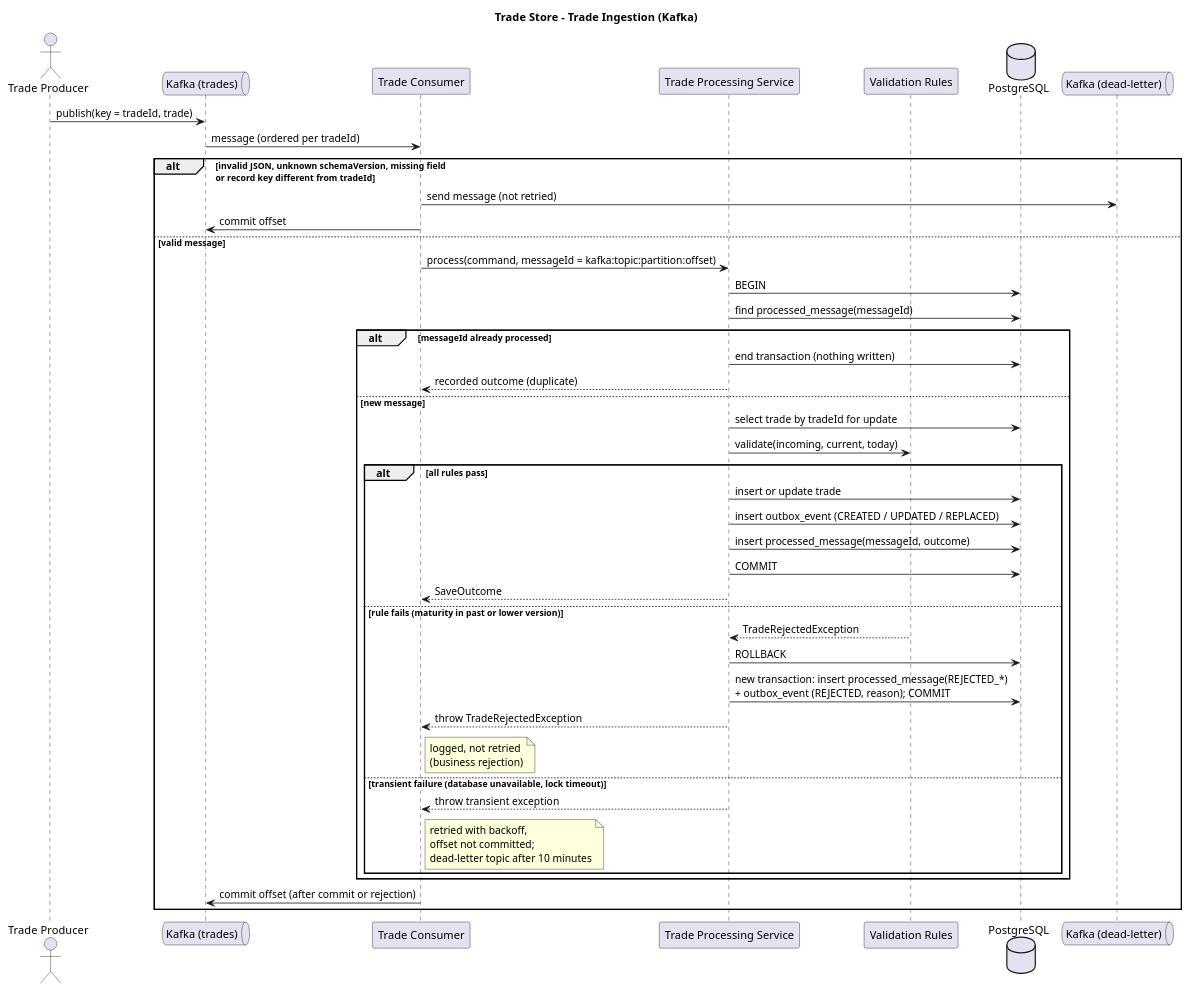
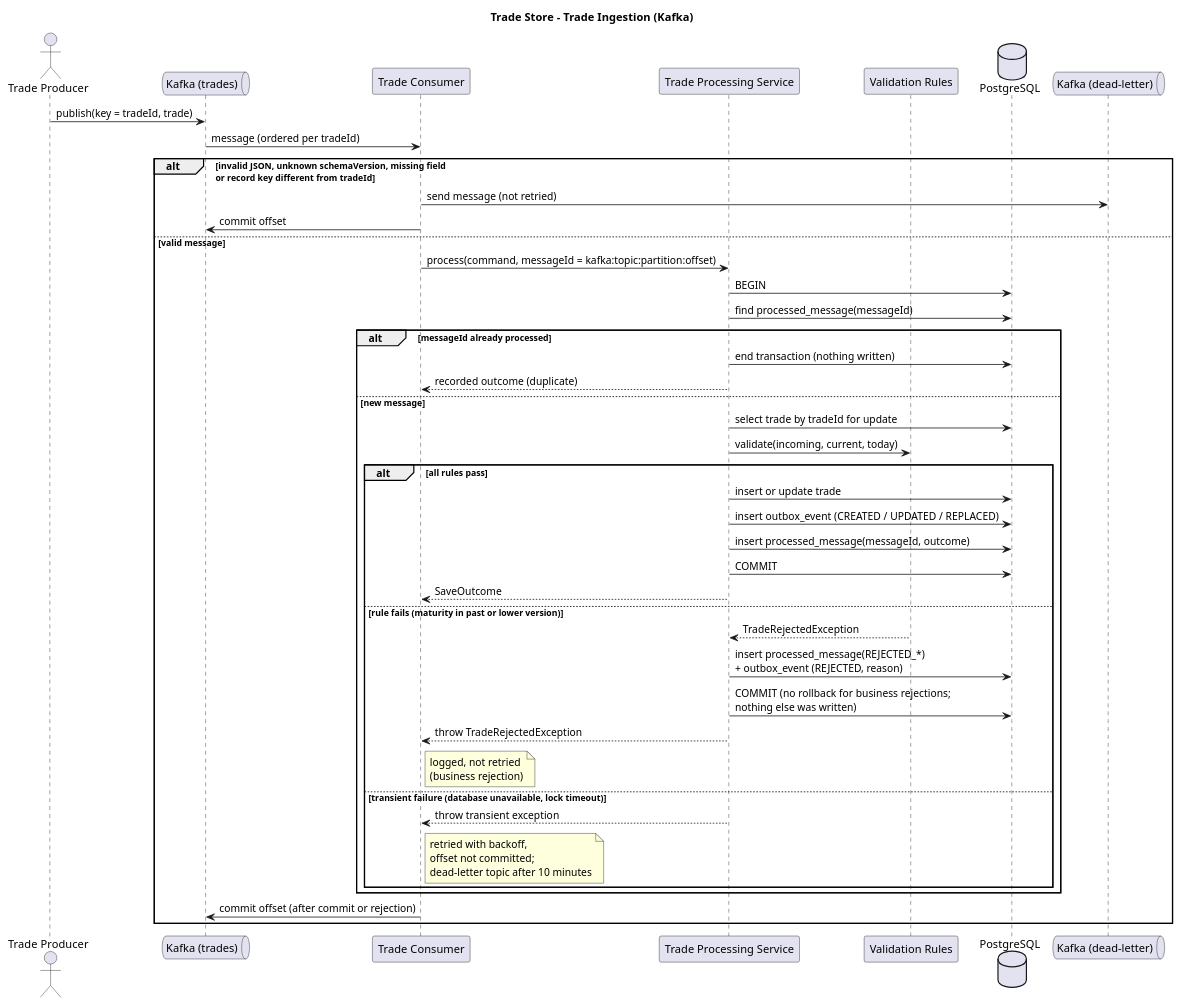
Before and after one commit to jabhijeet/trade-store: the diagram in docs/diagrams/sequence-ingestion.puml, drawn with PlantUML. The commit also changed 11 other files, not shown here.

First line of the commit message:
fix: outbox relay backlog, concurrent first insert and rejection connections

```diff
--- a/docs/diagrams/sequence-ingestion.puml
+++ b/docs/diagrams/sequence-ingestion.puml
@@ -1,47 +1,47 @@
 @startuml sequence-ingestion
 title Trade Store - Trade Ingestion (Kafka)
 
 actor "Trade Producer" as producer
 queue "Kafka (trades)" as kafka
 participant "Trade Consumer" as consumer
 participant "Trade Processing Service" as processing
 participant "Validation Rules" as rules
 database "PostgreSQL" as postgres
 queue "Kafka (dead-letter)" as dlt
 
 producer -> kafka : publish(key = tradeId, trade)
 kafka -> consumer : message (ordered per tradeId)
 
 alt invalid JSON, unknown schemaVersion, missing field\nor record key different from tradeId
   consumer -> dlt : send message (not retried)
   consumer -> kafka : commit offset
 else valid message
   consumer -> processing : process(command, messageId = kafka:topic:partition:offset)
   processing -> postgres : BEGIN
   processing -> postgres : find processed_message(messageId)
   alt messageId already processed
     processing -> postgres : end transaction (nothing written)
     processing --> consumer : recorded outcome (duplicate)
   else new message
     processing -> postgres : select trade by tradeId for update
     processing -> rules : validate(incoming, current, today)
     alt all rules pass
       processing -> postgres : insert or update trade
       processing -> postgres : insert outbox_event (CREATED / UPDATED / REPLACED)
       processing -> postgres : insert processed_message(messageId, outcome)
       processing -> postgres : COMMIT
       processing --> consumer : SaveOutcome
     else rule fails (maturity in past or lower version)
       rules --> processing : TradeRejectedException
-      processing -> postgres : ROLLBACK
-      processing -> postgres : new transaction: insert processed_message(REJECTED_*)\n+ outbox_event (REJECTED, reason); COMMIT
+      processing -> postgres : insert processed_message(REJECTED_*)\n+ outbox_event (REJECTED, reason)
+      processing -> postgres : COMMIT (no rollback for business rejections;\nnothing else was written)
       processing --> consumer : throw TradeRejectedException
       note right of consumer : logged, not retried\n(business rejection)
     else transient failure (database unavailable, lock timeout)
       processing --> consumer : throw transient exception
       note right of consumer : retried with backoff,\noffset not committed;\ndead-letter topic after 10 minutes
     end
   end
   consumer -> kafka : commit offset (after commit or rejection)
 end
 @enduml
```
